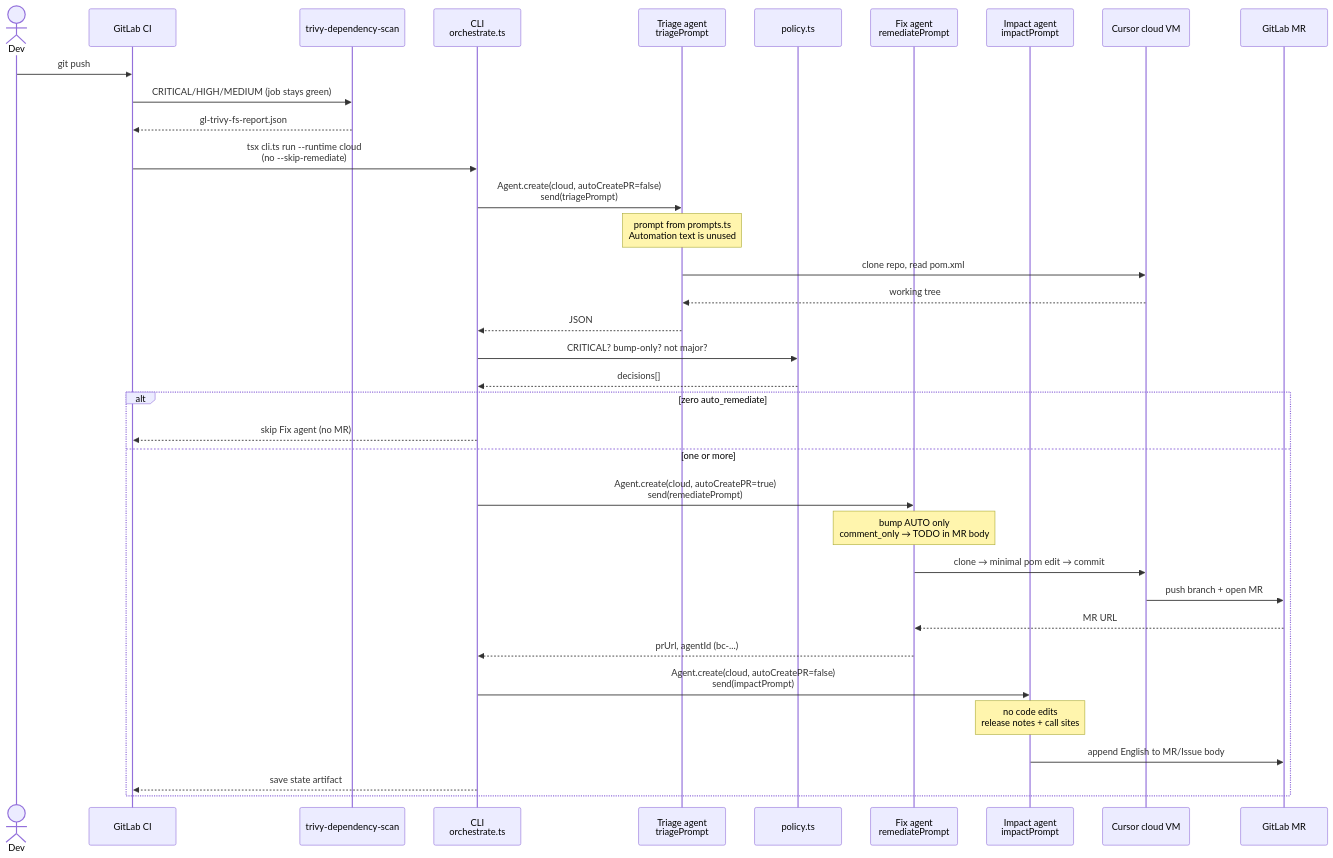
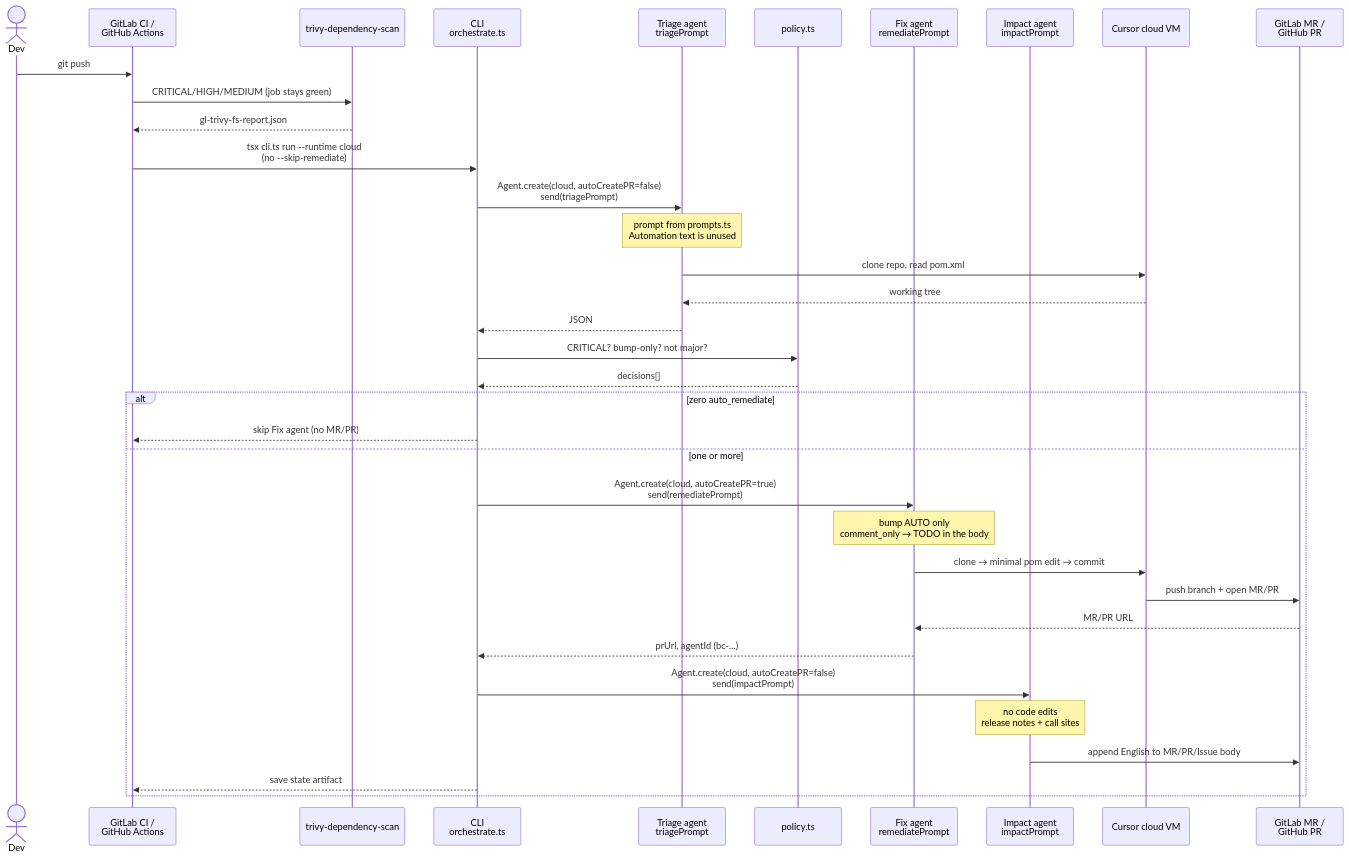
Before and after one commit to Acme-finance-demo/spring-petclinic-cursor: the second of 5 diagrams in cursor-sdk/SEQUENCE.md, drawn with Mermaid. The commit also changed other lines of this file and 13 other files, not shown here.

First line of the commit message:
Run the Trivy to Cursor SDK vuln flow on GitHub Actions too.

````diff
--- a/cursor-sdk/SEQUENCE.md
+++ b/cursor-sdk/SEQUENCE.md
@@ -73,43 +73,43 @@
 ```mermaid
 sequenceDiagram
     actor Dev
-    participant GL as GitLab CI
+    participant GL as GitLab CI /<br/>GitHub Actions
     participant Scan as trivy-dependency-scan
     participant CLI as CLI<br/>orchestrate.ts
     participant Triage as Triage agent<br/>triagePrompt
     participant Policy as policy.ts
     participant Fix as Fix agent<br/>remediatePrompt
     participant Impact as Impact agent<br/>impactPrompt
     participant Cursor as Cursor cloud VM
-    participant GitLab as GitLab MR
+    participant Forge as GitLab MR /<br/>GitHub PR
 
     Dev->>GL: git push
     GL->>Scan: CRITICAL/HIGH/MEDIUM (job stays green)
     Scan-->>GL: gl-trivy-fs-report.json
 
     GL->>CLI: tsx cli.ts run --runtime cloud<br/>(no --skip-remediate)
 
     CLI->>Triage: Agent.create(cloud, autoCreatePR=false)<br/>send(triagePrompt)
     Note over Triage: prompt from prompts.ts<br/>Automation text is unused
     Triage->>Cursor: clone repo, read pom.xml
     Cursor-->>Triage: working tree
     Triage-->>CLI: JSON
 
     CLI->>Policy: CRITICAL? bump-only? not major?
     Policy-->>CLI: decisions[]
 
     alt zero auto_remediate
-        CLI-->>GL: skip Fix agent (no MR)
+        CLI-->>GL: skip Fix agent (no MR/PR)
     else one or more
         CLI->>Fix: Agent.create(cloud, autoCreatePR=true)<br/>send(remediatePrompt)
-        Note over Fix: bump AUTO only<br/>comment_only → TODO in MR body
+        Note over Fix: bump AUTO only<br/>comment_only → TODO in the body
         Fix->>Cursor: clone → minimal pom edit → commit
-        Cursor->>GitLab: push branch + open MR
-        GitLab-->>Fix: MR URL
+        Cursor->>Forge: push branch + open MR/PR
+        Forge-->>Fix: MR/PR URL
         Fix-->>CLI: prUrl, agentId (bc-...)
         CLI->>Impact: Agent.create(cloud, autoCreatePR=false)<br/>send(impactPrompt)
         Note over Impact: no code edits<br/>release notes + call sites
-        Impact->>GitLab: append English to MR/Issue body
+        Impact->>Forge: append English to MR/PR/Issue body
         CLI-->>GL: save state artifact
     end
 ```
````
